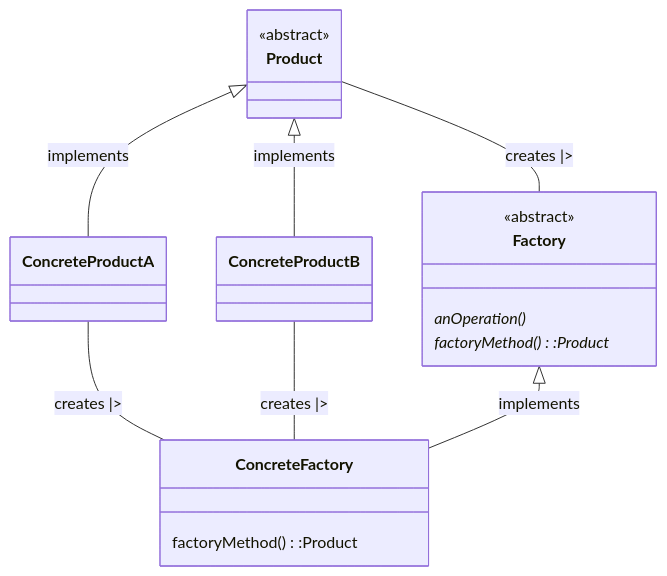
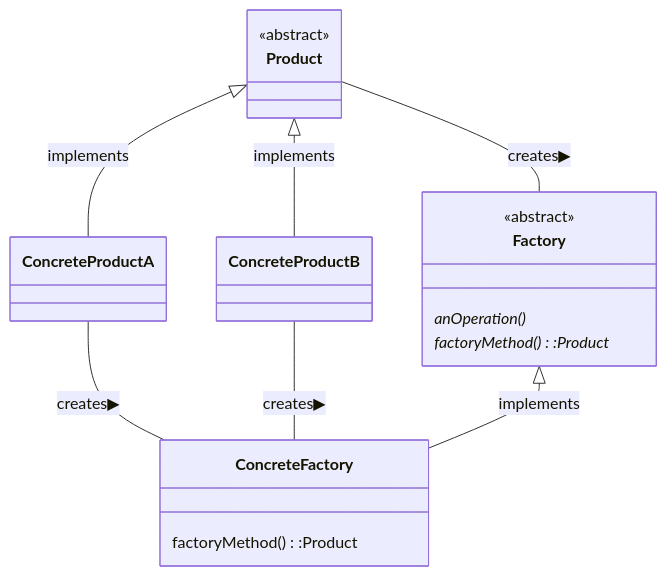
One commit to isoisoisso/08D20148 changed the third of 3 diagrams in DesignPattern.md. Above: the diagram before and after it, drawn with Mermaid.

````diff
--- a/DesignPattern.md
+++ b/DesignPattern.md
@@ -109,26 +109,26 @@
 ```mermaid
 classDiagram
     class Factory{
       <<abstract>>
       anOperation()*
       factoryMethod():Product*
     }
     class Product{
       <<abstract>>
     }
     class ConcreteFactory{
       factoryMethod():Product
     }
     class ConcreteProductA{
 
     }
     class ConcreteProductA{
 
     }
-    Product -- Factory : creates |>
-    ConcreteProductA -- ConcreteFactory : creates |>
-    ConcreteProductB -- ConcreteFactory : creates |>
+    Product -- Factory : creates▶
+    ConcreteProductA -- ConcreteFactory : creates▶
+    ConcreteProductB -- ConcreteFactory : creates▶
     Factory <|-- ConcreteFactory : implements
     Product <|-- ConcreteProductA : implements
     Product <|-- ConcreteProductB : implements
 ```
````
